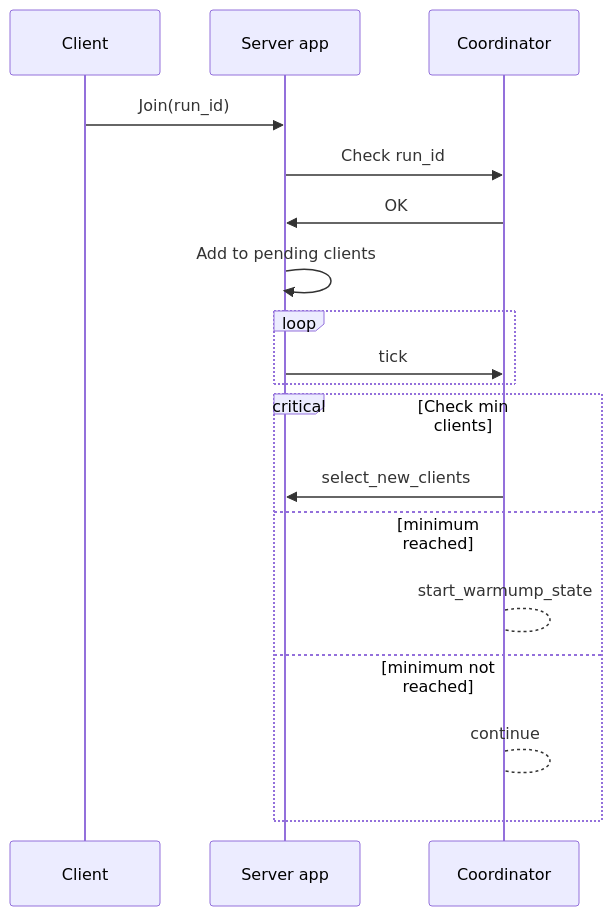
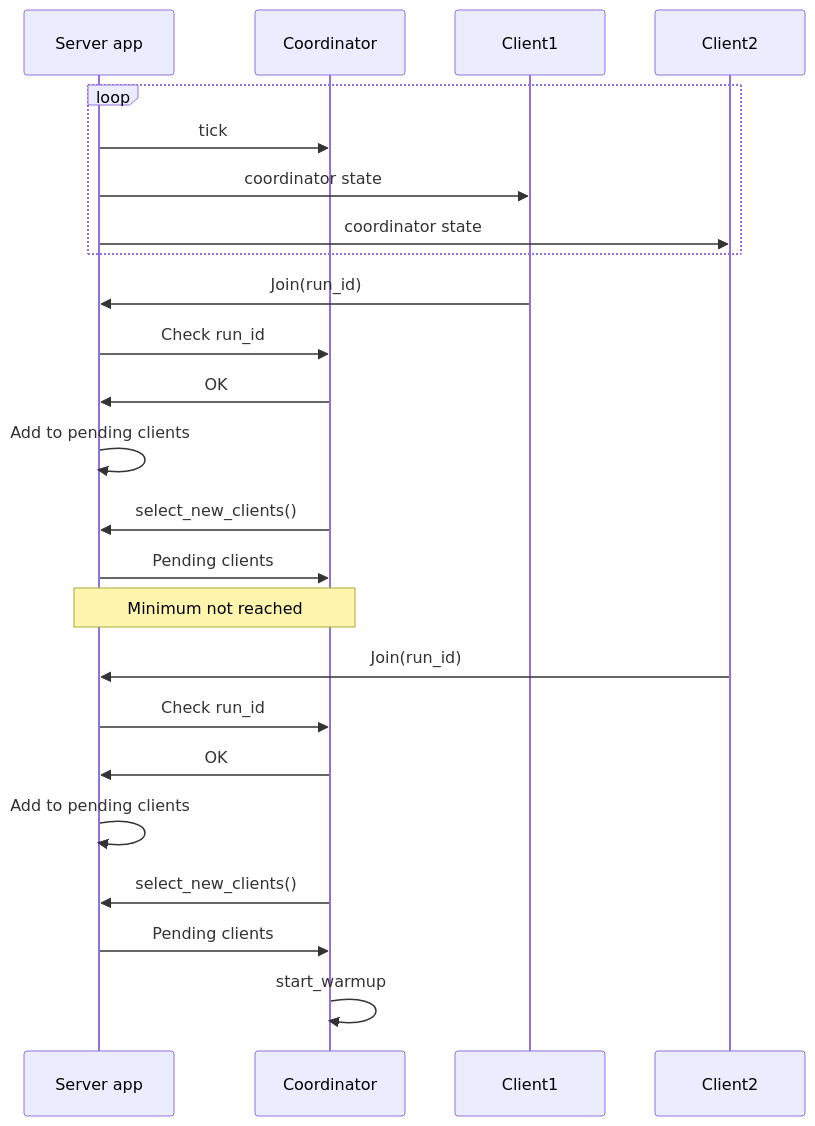
Before and after one commit to vernvriereen/psyche: the second of 2 diagrams in docs/coordinator.md, drawn with Mermaid. The commit also changed other lines of this file, not shown here.

Commit message:
continue with coordinator docs

````diff
--- a/docs/coordinator.md
+++ b/docs/coordinator.md
@@ -25,17 +25,22 @@
 ```mermaid
 sequenceDiagram
-    Client->>Server app: Join(run_id)
+    loop
+        Server app->>Coordinator: tick
+        Server app->>Client1: coordinator state
+        Server app->>Client2: coordinator state
+    end
+    Client1->>Server app: Join(run_id)
     Server app->>Coordinator: Check run_id
     Coordinator->>Server app: OK
     Server app->>Server app: Add to pending clients
-    loop
-        Server app->>Coordinator: tick
-    end
-    critical Check min clients
-        Coordinator->>Server app: select_new_clients
-    option minimum reached
-        Coordinator-->Coordinator: start_warmump_state
-    option minimum not reached
-        Coordinator-->Coordinator: continue
-    end
+    Coordinator->>Server app: select_new_clients()
+    Server app->>Coordinator: Pending clients
+    Note over Server app,Coordinator: Minimum not reached
+    Client2->>Server app: Join(run_id)
+    Server app->>Coordinator: Check run_id
+    Coordinator->>Server app: OK
+    Server app->>Server app: Add to pending clients
+    Coordinator->>Server app: select_new_clients()
+    Server app->>Coordinator: Pending clients
+    Coordinator->>Coordinator: start_warmup
 ```
````
